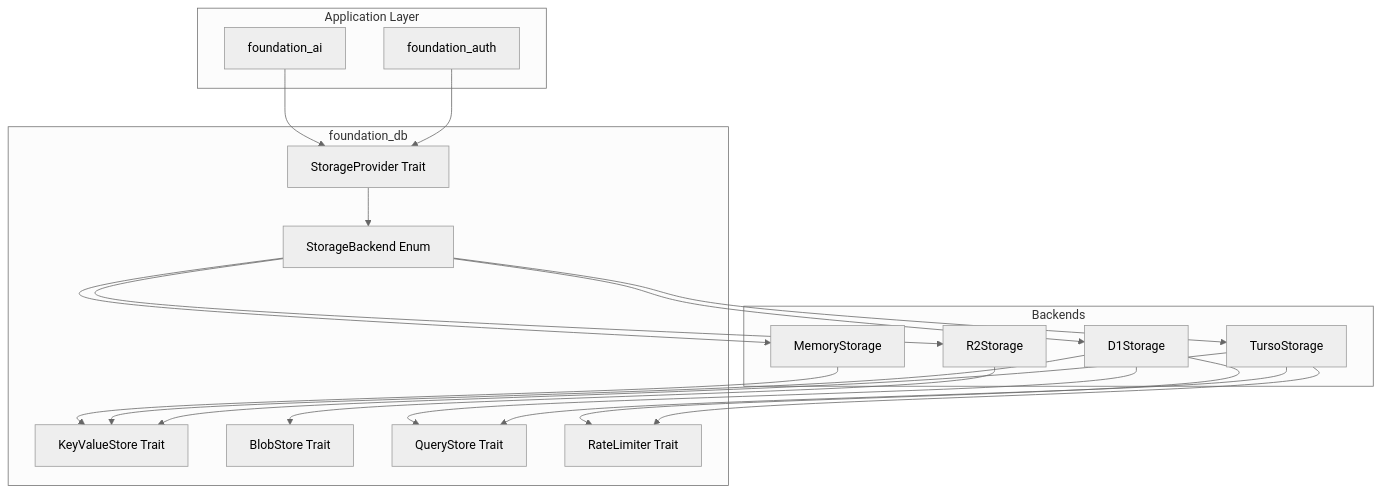
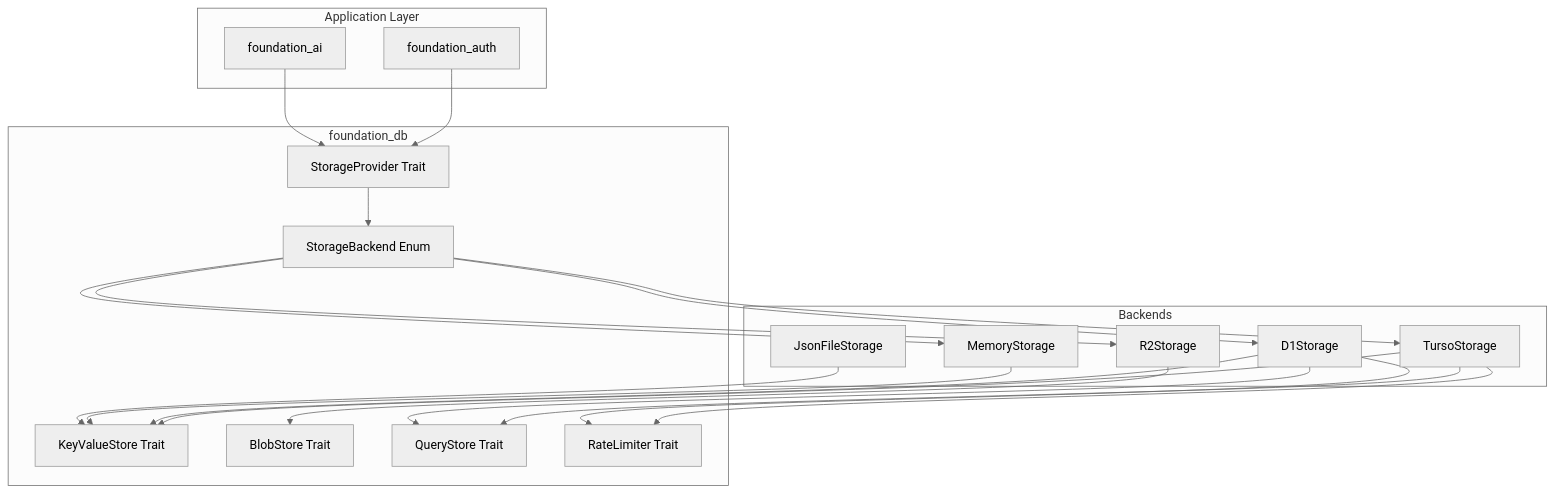
One commit to ewe-studios/ewe_platform changed the diagram in specifications/07-foundation-ai/features/00a-foundation-db/feature.md. Above: the diagram before and after it, drawn with Mermaid (neutral theme). The commit also changed other lines of this file and 64 other files, not shown here.

````diff
--- a/specifications/07-foundation-ai/features/00a-foundation-db/feature.md
+++ b/specifications/07-foundation-ai/features/00a-foundation-db/feature.md
@@ -127,39 +258,41 @@
 ```mermaid
 graph TD
     subgraph Application["Application Layer"]
         A[foundation_auth]
         B[foundation_ai]
     end
 
     subgraph FoundationDB["foundation_db"]
         C[StorageProvider Trait]
         D[StorageBackend Enum]
         E[KeyValueStore Trait]
         F[BlobStore Trait]
         G[QueryStore Trait]
         H[RateLimiter Trait]
     end
 
     subgraph Backends
         I[TursoStorage]
         J[D1Storage]
         K[R2Storage]
         L[MemoryStorage]
+        M[JsonFileStorage]
     end
 
     A --> C
     B --> C
     C --> D
     D --> I
     D --> J
     D --> K
     D --> L
     I --> E
     I --> G
     I --> H
     J --> E
     J --> G
     J --> H
     K --> F
     L --> E
+    M --> E
 ```
````
